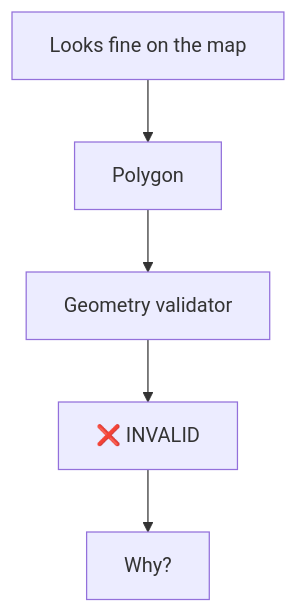
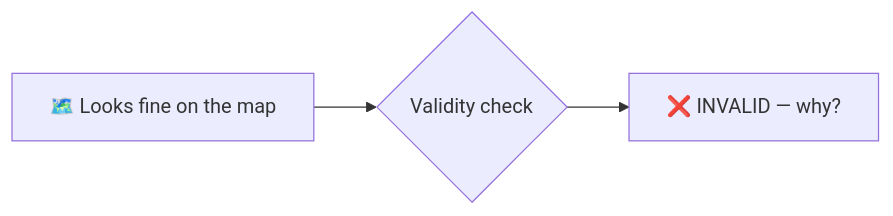
One commit to webGeoDS/webgeods changed the diagram in blog/posts/geometry-validity.qmd. Above: the diagram before and after it, drawn with Mermaid. The commit also changed other lines of this file and 21 other files, not shown here.

````diff
--- a/blog/posts/geometry-validity.qmd
+++ b/blog/posts/geometry-validity.qmd
@@ -60,7 +60,5 @@
 ```{mermaid}
-flowchart TD
-    A["Looks fine on the map"] --> B["Polygon"]
-    B --> C["Geometry validator"]
-    C --> D["❌ INVALID"]
-    D --> E["Why?"]
+flowchart LR
+    A["🗺️ Looks fine on the map"] --> B{"Validity check"}
+    B --> C["❌ INVALID — why?"]
 ```
````
